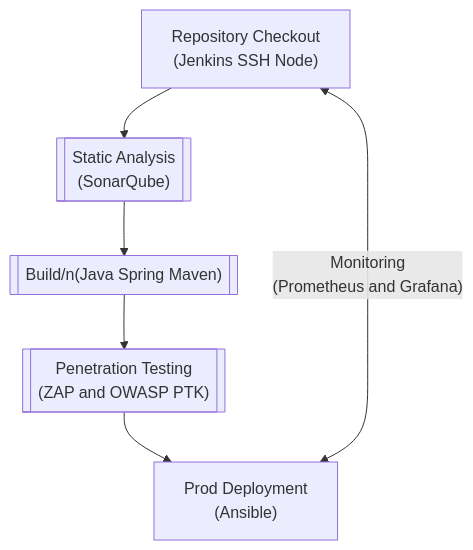
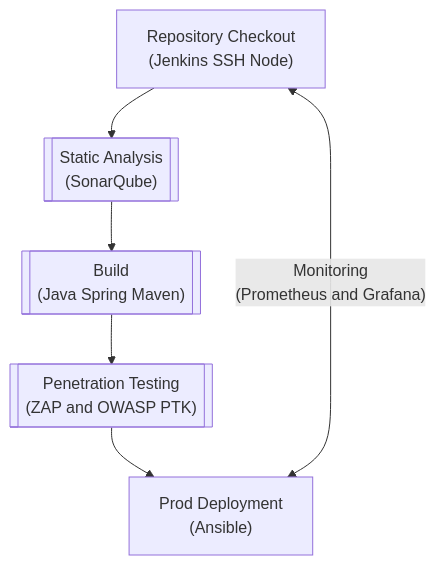
Before and after one commit to soobinrho/17636-devsecops-industry-best-practices: the diagram in README.md, drawn with Mermaid. The commit also changed 1 other file, not shown here.

Commit message:
docs: fix syntax error (\)

````diff
--- a/README.md
+++ b/README.md
@@ -31,8 +31,8 @@
 ```mermaid
 graph TD;
     A["Repository Checkout\n(Jenkins SSH Node)"]-->B[["Static Analysis\n(SonarQube)"]];
-    B-->C[["Build/n(Java Spring Maven)"]];
+    B-->C[["Build\n(Java Spring Maven)"]];
     C-->D[["Penetration Testing\n(ZAP and OWASP PTK)"]]
     D-->E["Prod Deployment\n(Ansible)"]
     A<-->|"Monitoring\n(Prometheus and Grafana)"| E
 ```
````
